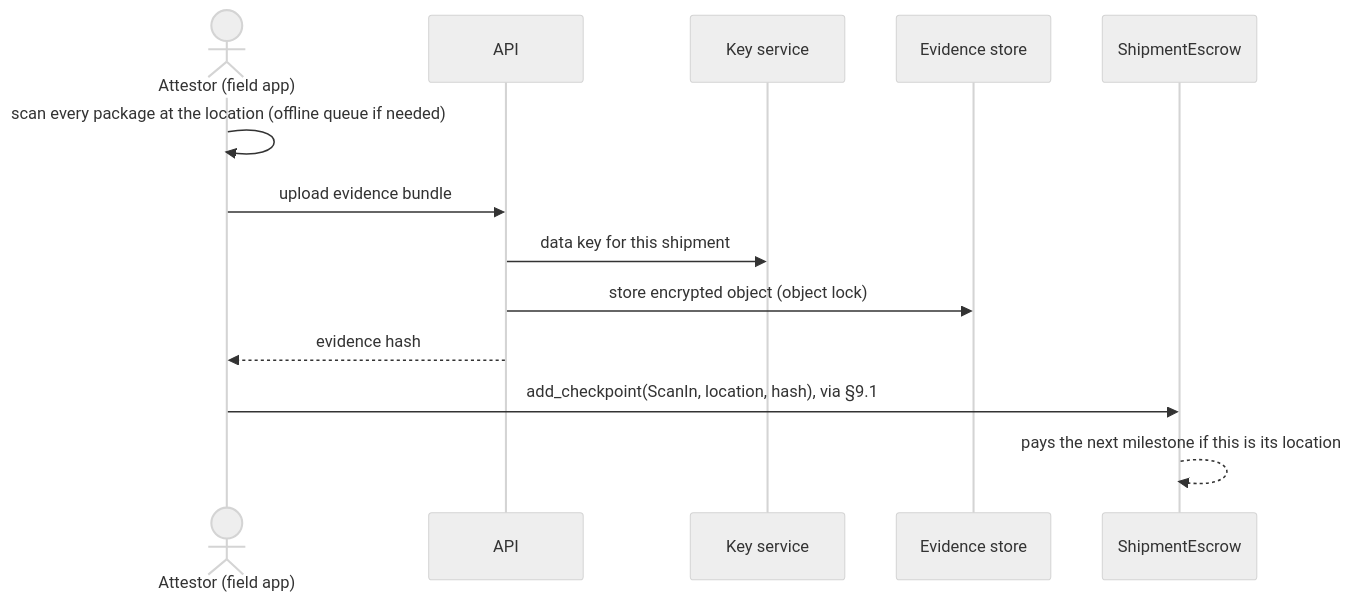
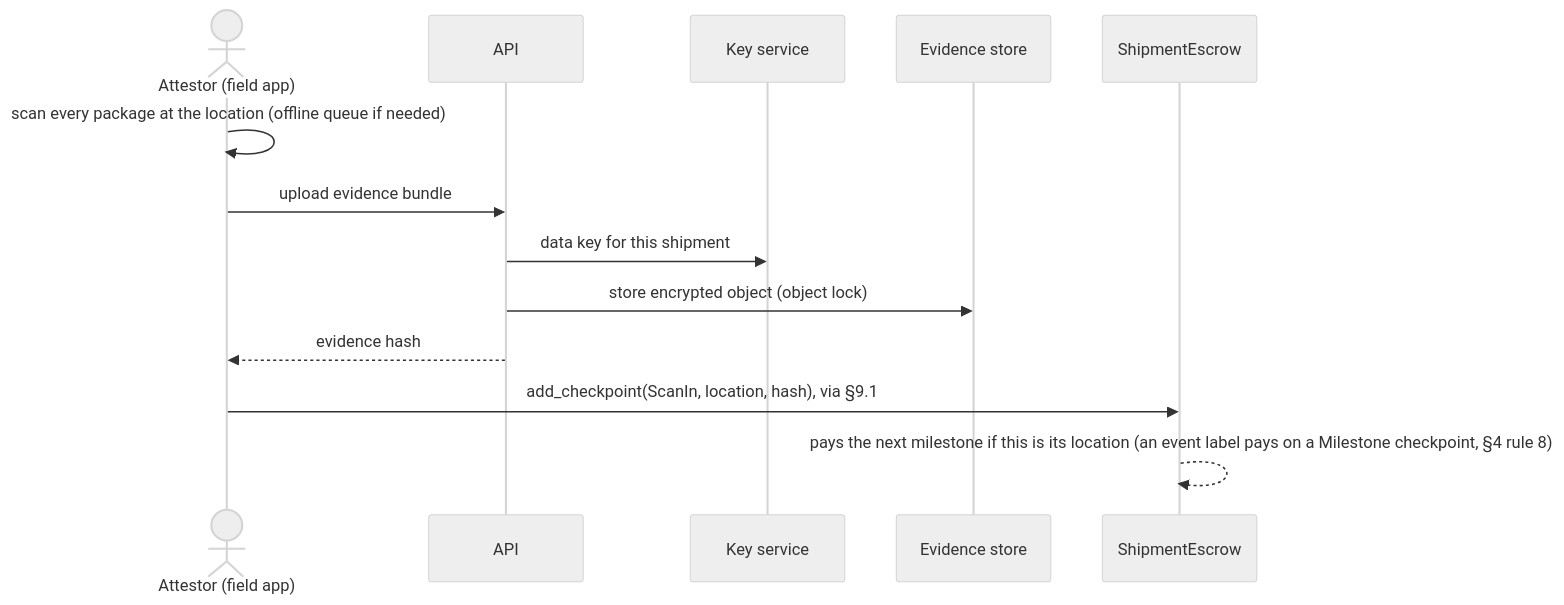
The fourth of 5 diagrams in docs/hld.md (shanepreater/gajufreight), drawn with Mermaid (neutral theme) before and after one commit. The commit also changed other lines of this file and 10 other files, not shown here.

````diff
--- a/docs/hld.md
+++ b/docs/hld.md
@@ -380,15 +380,15 @@
 ```mermaid
 sequenceDiagram
   actor A as Attestor (field app)
   participant API as API
   participant K as Key service
   participant E as Evidence store
   participant ES as ShipmentEscrow
   A->>A: scan every package at the location (offline queue if needed)
   A->>API: upload evidence bundle
   API->>K: data key for this shipment
   API->>E: store encrypted object (object lock)
   API-->>A: evidence hash
   A->>ES: add_checkpoint(ScanIn, location, hash), via §9.1
-  ES-->>ES: pays the next milestone if this is its location
+  ES-->>ES: pays the next milestone if this is its location (an event label pays on a Milestone checkpoint, §4 rule 8)
 ```
````
